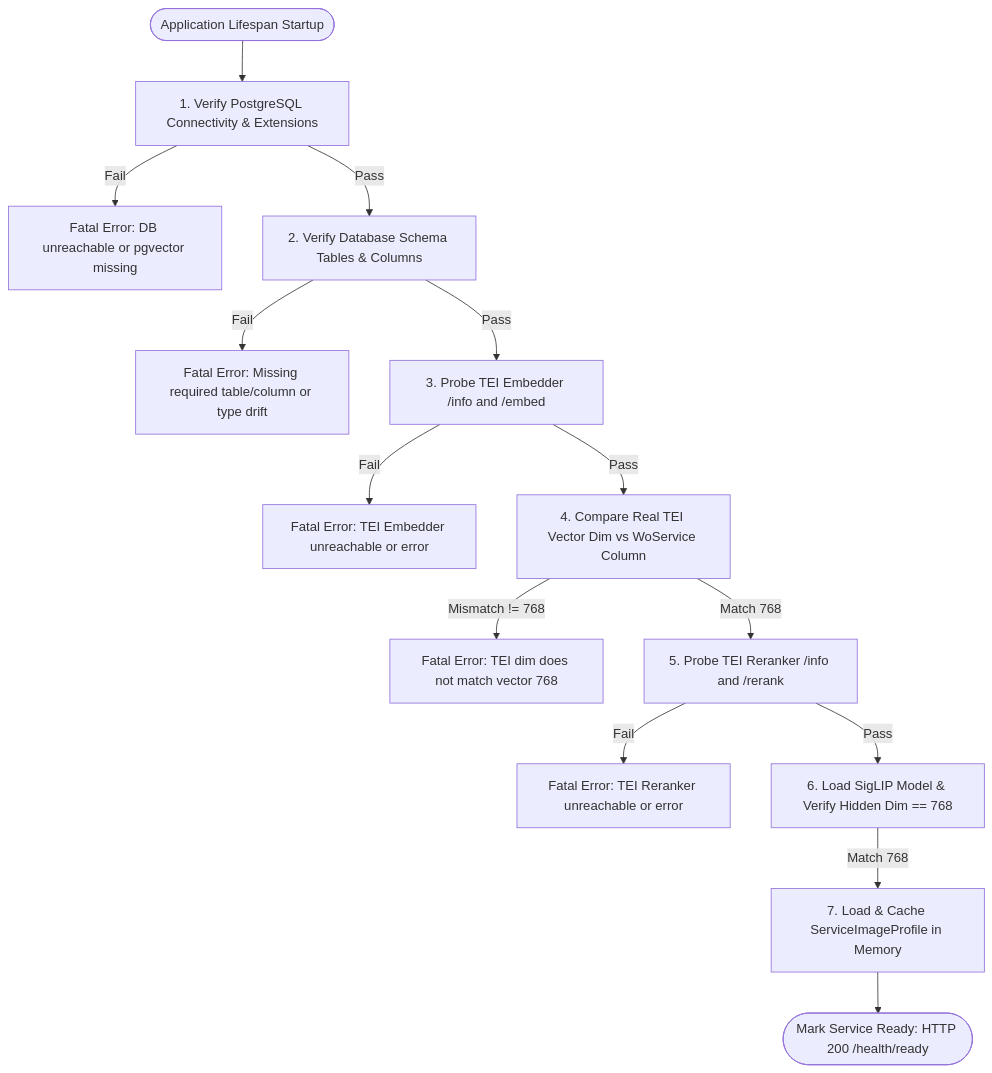
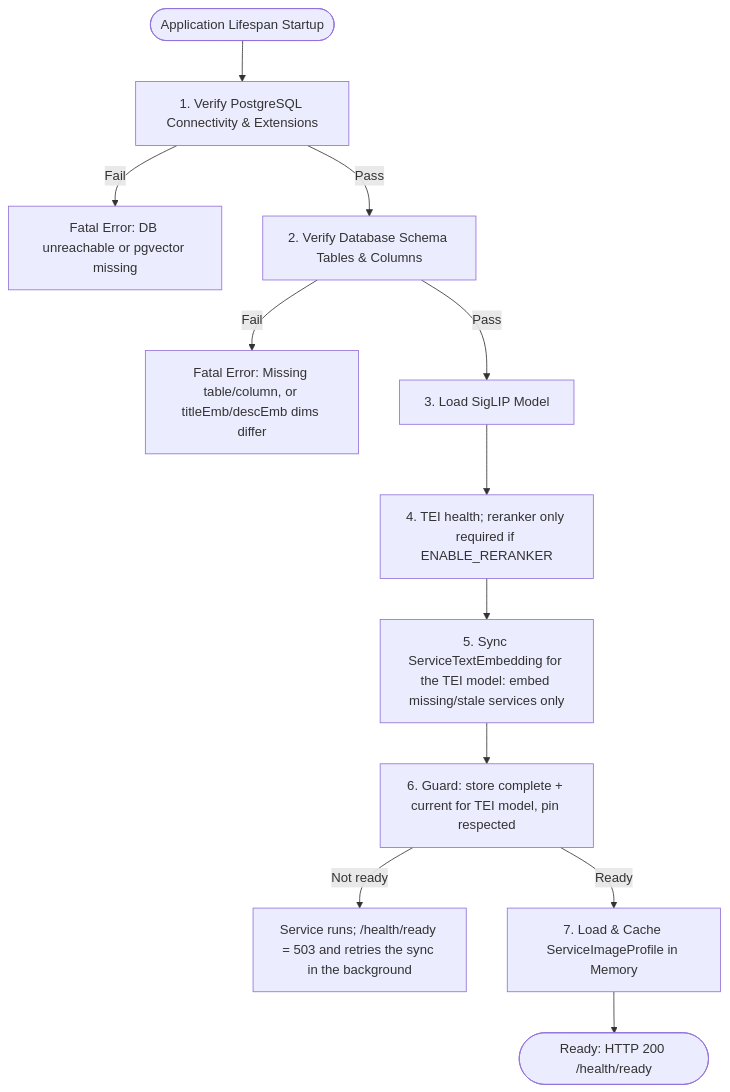
Before and after one commit to Amaanuddin05/photoToWorkOrder: the second of 2 diagrams in docs/DESIGN.md, drawn with Mermaid. The commit also changed other lines of this file and 20 other files, not shown here.

First line of the commit message:
feat(text): model-adaptive text embeddings (multilingual branch)

````diff
--- a/docs/DESIGN.md
+++ b/docs/DESIGN.md
@@ -433,16 +437,14 @@
 ```mermaid
 flowchart TD
     Start([Application Lifespan Startup]) --> Step1[1. Verify PostgreSQL Connectivity & Extensions]
     Step1 -->|Fail| Abort1[Fatal Error: DB unreachable or pgvector missing]
     Step1 -->|Pass| Step2[2. Verify Database Schema Tables & Columns]
-    Step2 -->|Fail| Abort2[Fatal Error: Missing required table/column or type drift]
-    Step2 -->|Pass| Step3[3. Probe TEI Embedder /info and /embed]
-    Step3 -->|Fail| Abort3[Fatal Error: TEI Embedder unreachable or error]
-    Step3 -->|Pass| Step4[4. Compare Real TEI Vector Dim vs WoService Column]
-    Step4 -->|Mismatch != 768| Abort4[Fatal Error: TEI dim does not match vector 768]
-    Step4 -->|Match 768| Step5[5. Probe TEI Reranker /info and /rerank]
-    Step5 -->|Fail| Abort5[Fatal Error: TEI Reranker unreachable or error]
-    Step5 -->|Pass| Step6[6. Load SigLIP Model & Verify Hidden Dim == 768]
-    Step6 -->|Match 768| Step7[7. Load & Cache ServiceImageProfile in Memory]
-    Step7 --> Ready([Mark Service Ready: HTTP 200 /health/ready])
+    Step2 -->|Fail| Abort2[Fatal Error: Missing table/column, or titleEmb/descEmb dims differ]
+    Step2 -->|Pass| Step3[3. Load SigLIP Model]
+    Step3 --> Step4[4. TEI health; reranker only required if ENABLE_RERANKER]
+    Step4 --> Step5[5. Sync ServiceTextEmbedding for the TEI model: embed missing/stale services only]
+    Step5 --> Step6[6. Guard: store complete + current for TEI model, pin respected]
+    Step6 -->|Not ready| NotReady[Service runs; /health/ready = 503 and retries the sync in the background]
+    Step6 -->|Ready| Step7[7. Load & Cache ServiceImageProfile in Memory]
+    Step7 --> Ready([Ready: HTTP 200 /health/ready])
 ```
````
